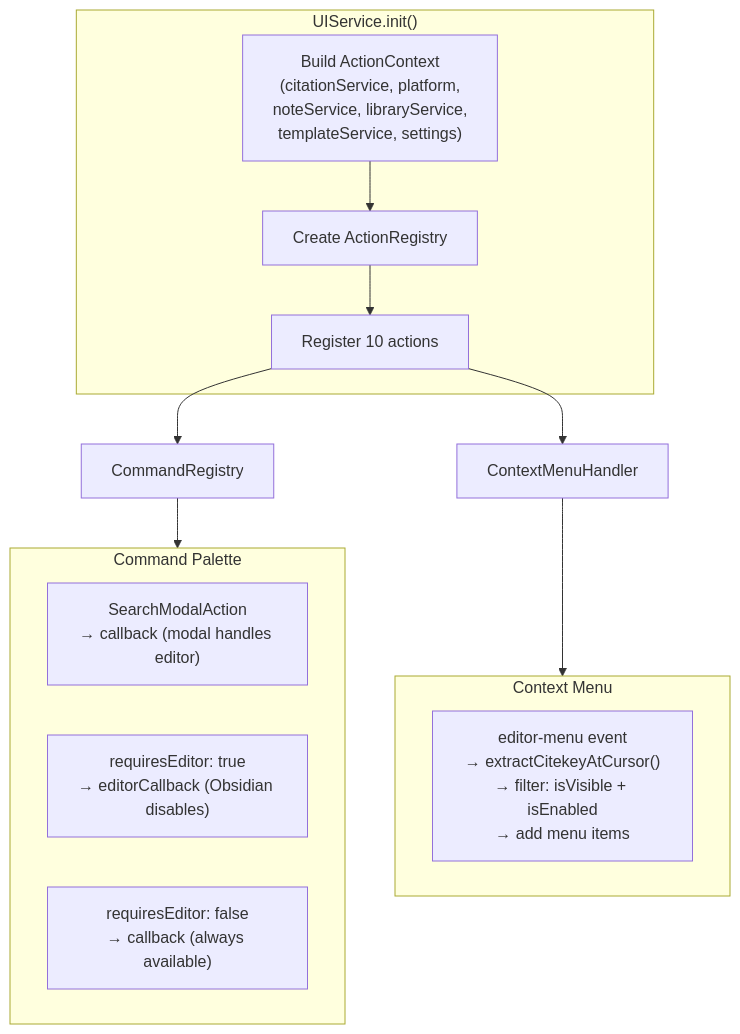
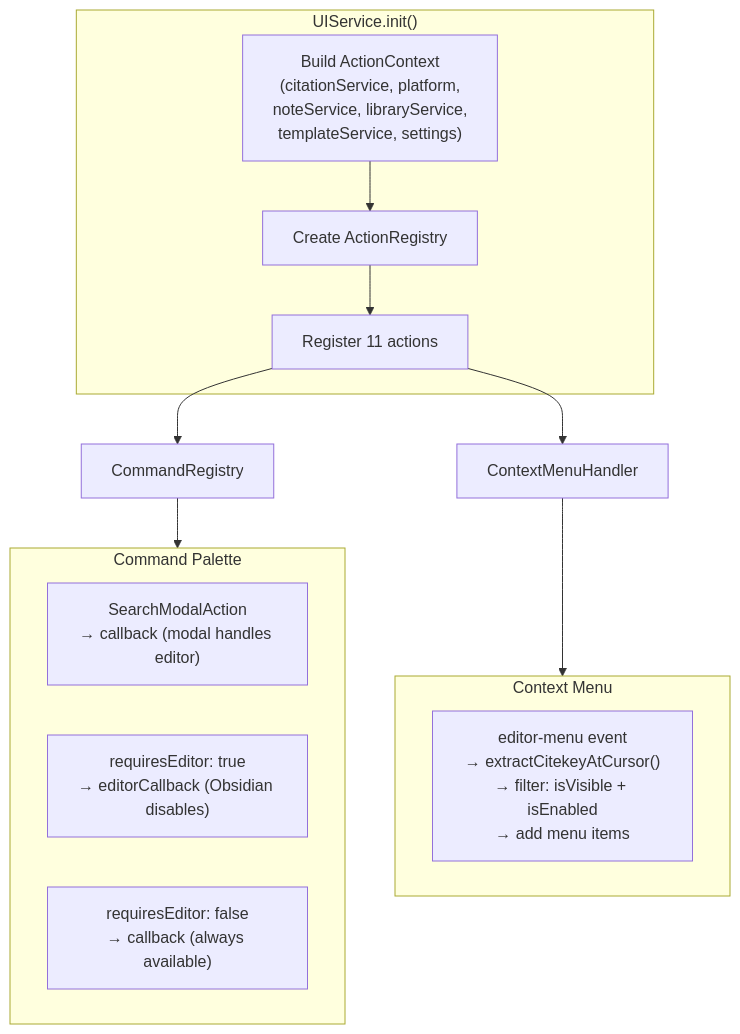
Before and after one commit to akhmialeuski/obsidian-citation-extended: diagram 13 of 23 in docs/architecture.md, drawn with Mermaid. The commit also changed other lines of this file and 10 other files, not shown here.

````diff
--- a/docs/architecture.md
+++ b/docs/architecture.md
@@ -665,25 +665,25 @@
 ```mermaid
 flowchart TD
     subgraph UIService["UIService.init()"]
         CTX["Build ActionContext\n(citationService, platform,\nnoteService, libraryService,\ntemplateService, settings)"]
         REG["Create ActionRegistry"]
         CTX --> REG
-        REG --> REG_ACTIONS["Register 10 actions"]
+        REG --> REG_ACTIONS["Register 11 actions"]
     end
 
     REG_ACTIONS --> CR["CommandRegistry"]
     REG_ACTIONS --> CM["ContextMenuHandler"]
 
     subgraph CommandPalette["Command Palette"]
         CP1["SearchModalAction\n→ callback (modal handles editor)"]
         CP2["requiresEditor: true\n→ editorCallback (Obsidian disables)"]
         CP3["requiresEditor: false\n→ callback (always available)"]
     end
 
     subgraph ContextMenu["Context Menu"]
         CME["editor-menu event\n→ extractCitekeyAtCursor()\n→ filter: isVisible + isEnabled\n→ add menu items"]
     end
 
     CR --> CommandPalette
     CM --> ContextMenu
 ```
````
